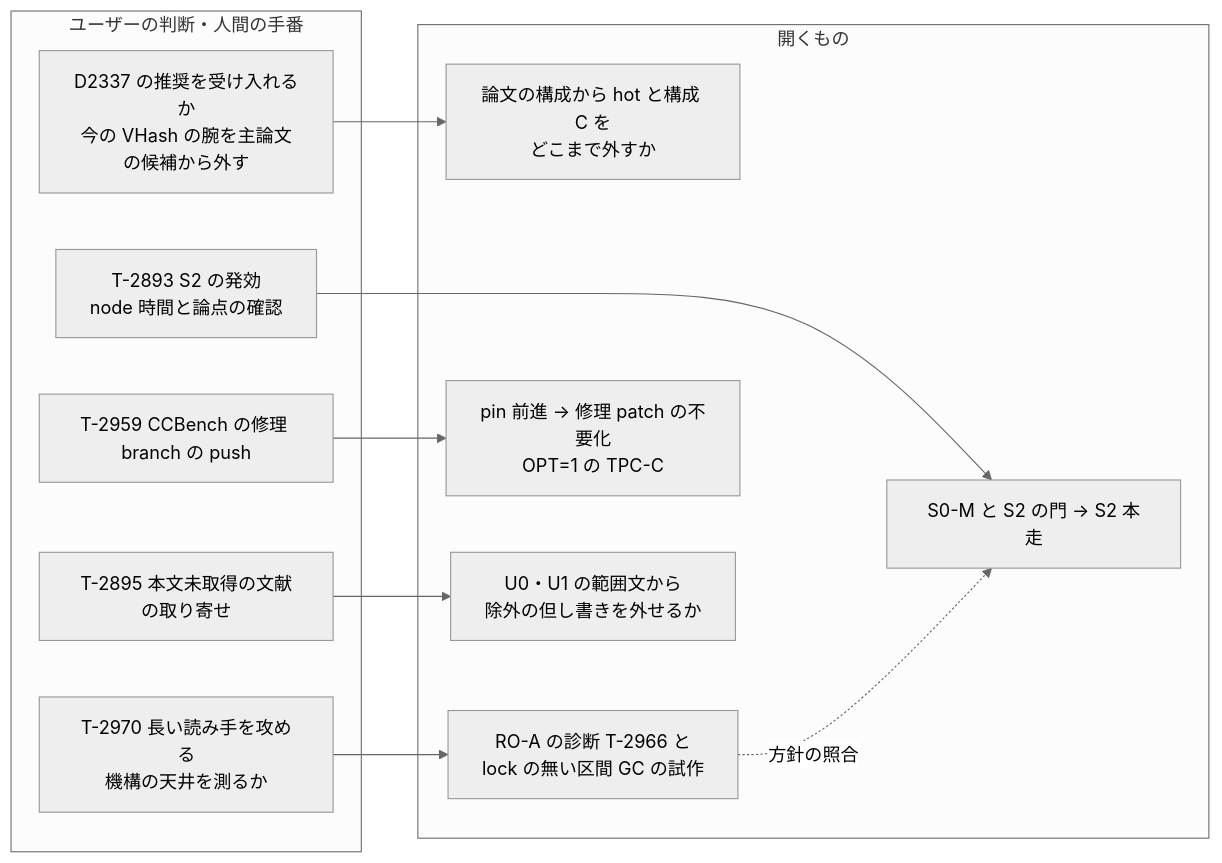
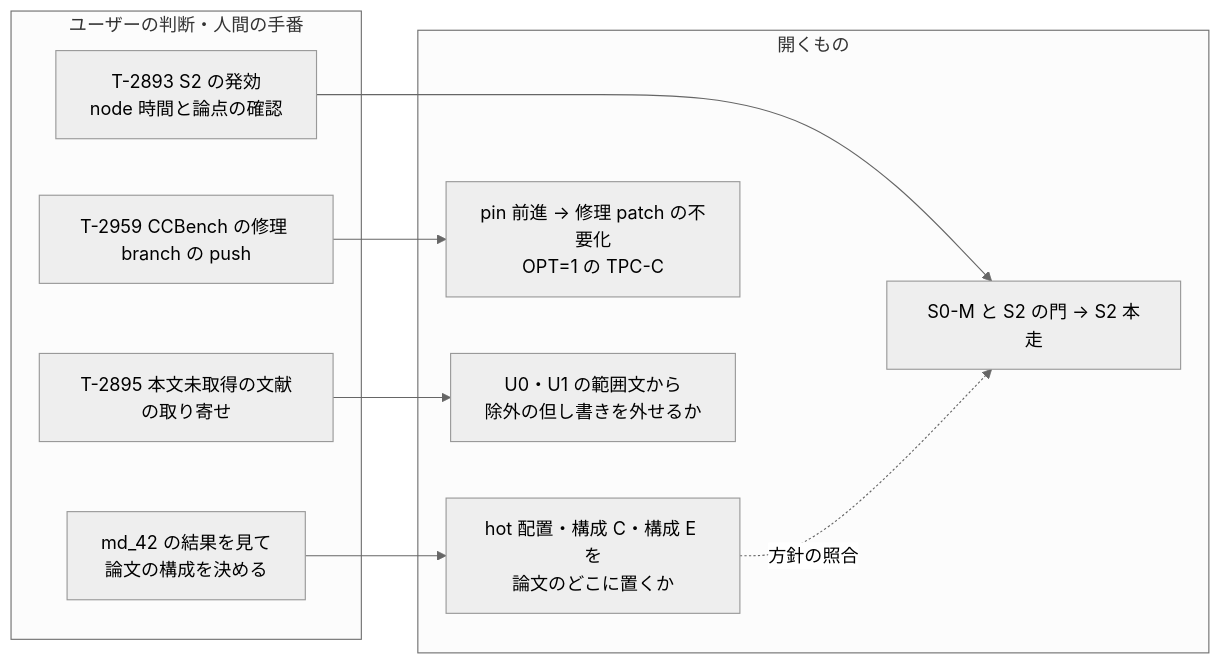
One commit to thawk105/izanagi changed diagram 37 of 41 in docs/paper-story-vhash/2026-10-01.md. Above: the diagram before and after it, drawn with Mermaid (neutral theme). The commit also changed other lines of this file and 4 other files, not shown here.

````diff
--- a/docs/paper-story-vhash/2026-10-01.md
+++ b/docs/paper-story-vhash/2026-10-01.md
@@ -1606,23 +1571,20 @@
 ```mermaid
 flowchart LR
   subgraph U["ユーザーの判断・人間の手番"]
-    u1["D2337 の推奨を受け入れるか<br/>今の VHash の腕を主論文の候補から外す"]
-    u2["T-2970 長い読み手を攻める<br/>機構の天井を測るか"]
+    u1["md_42 の結果を見て<br/>論文の構成を決める"]
     u3["T-2893 S2 の発効<br/>node 時間と論点の確認"]
     u4["T-2959 CCBench の修理 branch の push"]
     u5["T-2895 本文未取得の文献の取り寄せ"]
   end
   subgraph O["開くもの"]
-    o1["論文の構成から hot と構成 C を<br/>どこまで外すか"]
-    o2["RO-A の診断 T-2966 と<br/>lock の無い区間 GC の試作"]
+    o1["hot 配置・構成 C・構成 E を<br/>論文のどこに置くか"]
     o3["S0-M と S2 の門 → S2 本走"]
     o4["pin 前進 → 修理 patch の不要化<br/>OPT=1 の TPC-C"]
     o5["U0・U1 の範囲文から<br/>除外の但し書きを外せるか"]
   end
   u1 --> o1
-  u2 --> o2
   u3 --> o3
   u4 --> o4
   u5 --> o5
-  o2 -.方針の照合.-> o3
+  o1 -.方針の照合.-> o3
 ```
````
